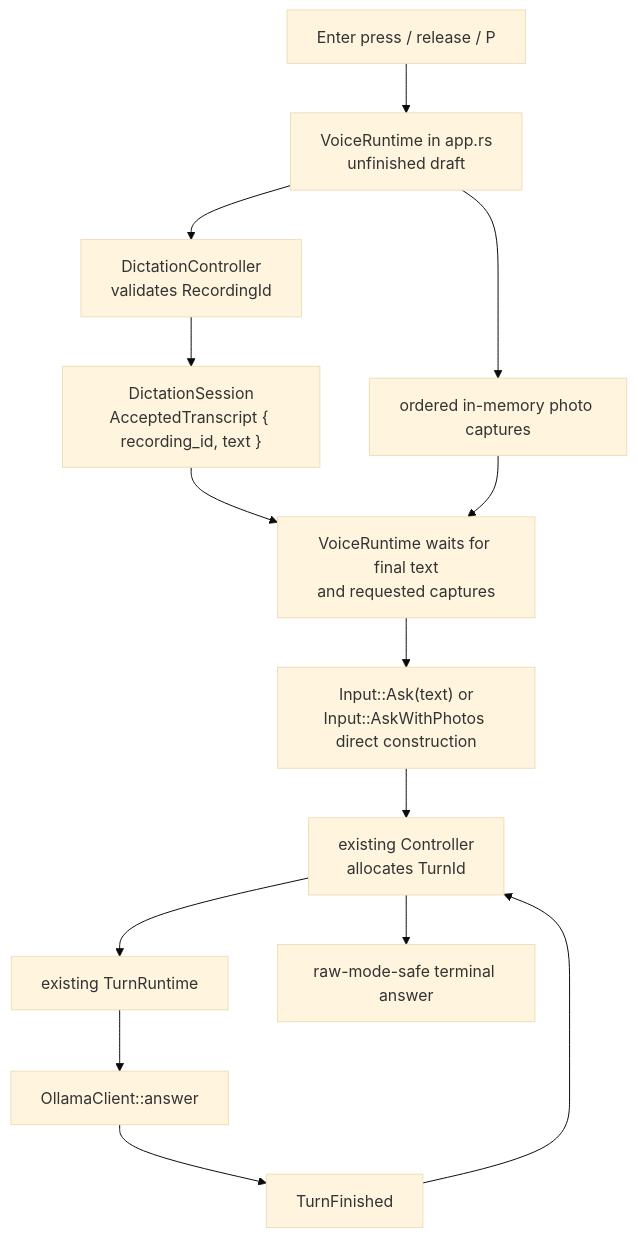
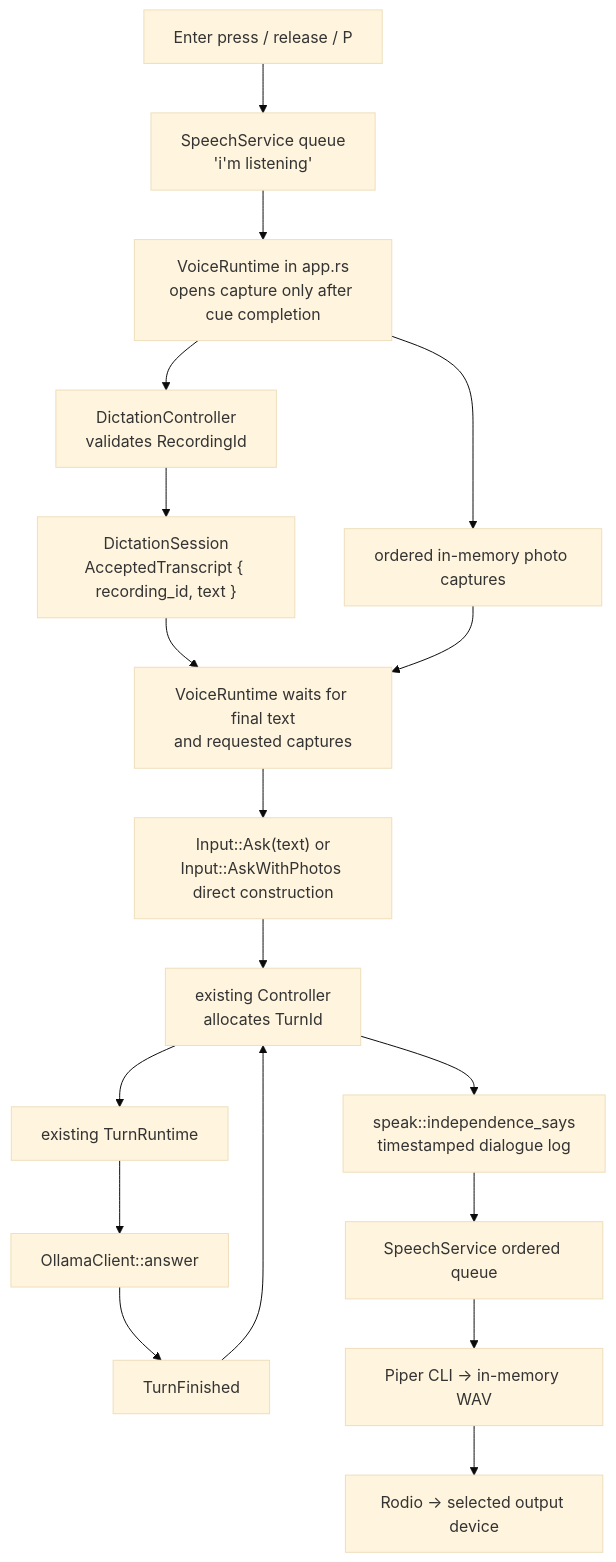
One commit to samuelebstein/independence changed the fourth of 4 diagrams in README.md. Above: the diagram before and after it, drawn with Mermaid (base theme). The commit also changed other lines of this file and 9 other files, not shown here.

Commit message:
completed audio playbook using hal 9000 voice thru piper

````diff
--- a/README.md
+++ b/README.md
@@ -612,16 +728,20 @@
 ```mermaid
 flowchart TD
-    A["Enter press / release / P"] --> D["VoiceRuntime in app.rs\nunfinished draft"]
+    A["Enter press / release / P"] --> Q["SpeechService queue\n'i'm listening'"]
+    Q --> D["VoiceRuntime in app.rs\nopens capture only after cue completion"]
     D --> B["DictationController\nvalidates RecordingId"]
     B --> C["DictationSession\nAcceptedTranscript { recording_id, text }"]
     D --> P["ordered in-memory photo captures"]
     C --> E["VoiceRuntime waits for final text\nand requested captures"]
     P --> E
     E --> F["Input::Ask(text) or\nInput::AskWithPhotos direct construction"]
     F --> G["existing Controller\nallocates TurnId"]
     G --> H["existing TurnRuntime"]
     H --> I["OllamaClient::answer"]
     I --> K["TurnFinished"]
     K --> G
-    G --> J["raw-mode-safe terminal answer"]
+    G --> J["speak::independence_says\ntimestamped dialogue log"]
+    J --> W["SpeechService ordered queue"]
+    W --> T["Piper CLI -> in-memory WAV"]
+    T --> R["Rodio -> selected output device"]
 ```
````
